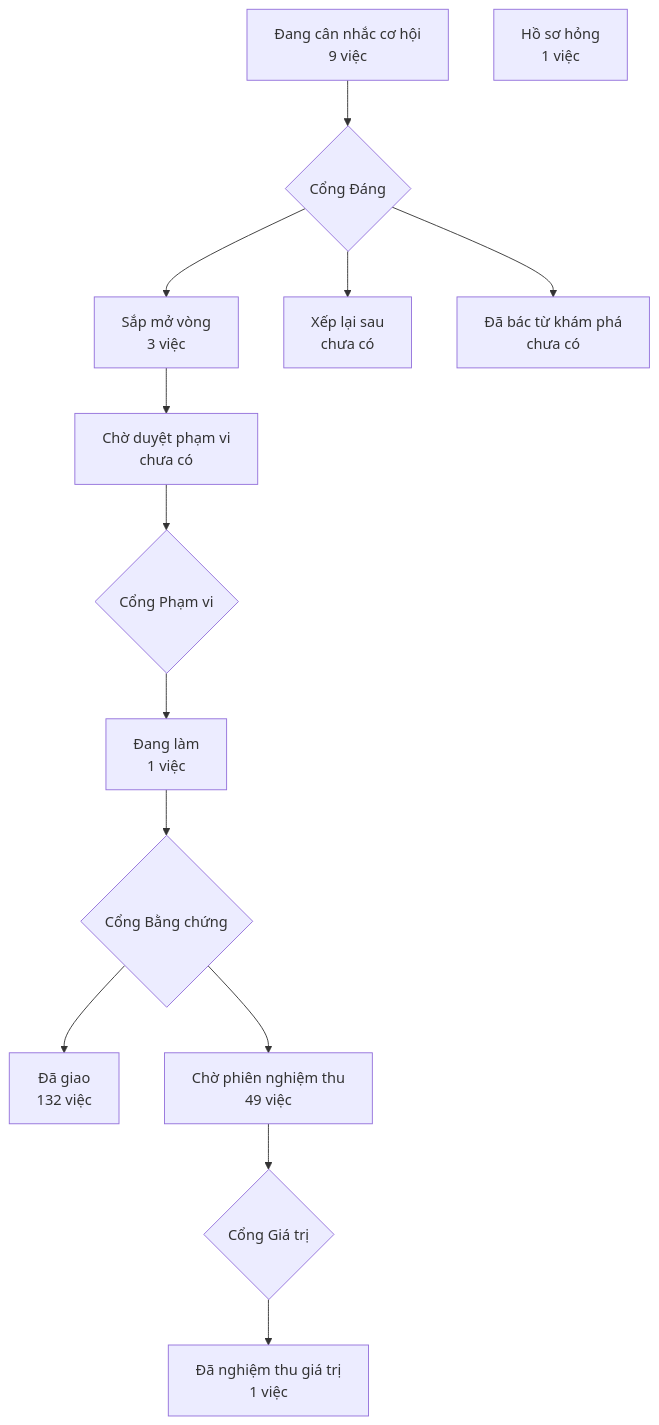
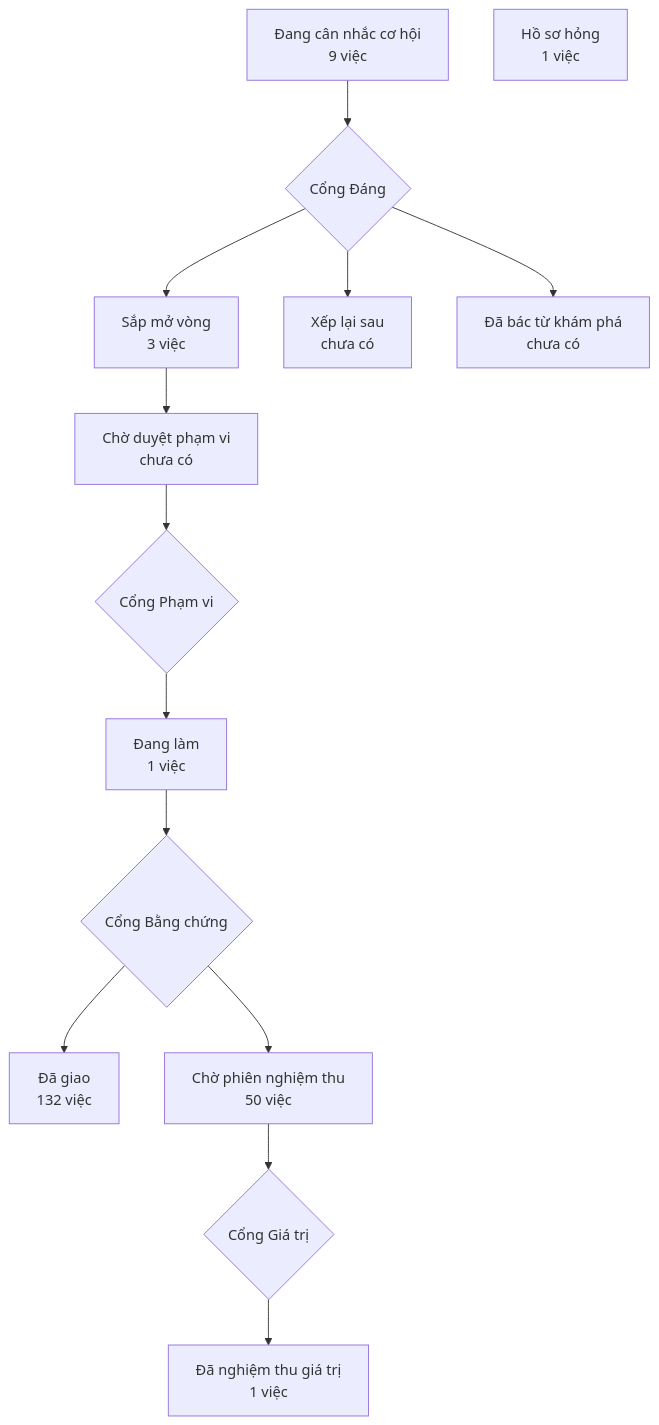
Before and after one commit to phanlemanh/crm-onehub: the diagram in PRODUCT-MAP.md, drawn with Mermaid. The commit also changed 1 other file, not shown here.

Commit message:
chore: vẽ lại bản đồ sản phẩm từ bản sạch sau khi gộp onehub b633a7e3

````diff
--- a/PRODUCT-MAP.md
+++ b/PRODUCT-MAP.md
@@ -7,13 +7,13 @@
 ```mermaid
 flowchart TD
   A["Đang cân nhắc cơ hội<br/>9 việc"] --> GD{"Cổng Đáng"}
   GD --> B["Sắp mở vòng<br/>3 việc"]
   GD --> XL["Xếp lại sau<br/>chưa có"]
   GD --> DB["Đã bác từ khám phá<br/>chưa có"]
   B --> CD["Chờ duyệt phạm vi<br/>chưa có"] --> GP{"Cổng Phạm vi"}
   GP --> DL["Đang làm<br/>1 việc"] --> GB{"Cổng Bằng chứng"}
   GB --> DG["Đã giao<br/>132 việc"]
-  GB --> CN["Chờ phiên nghiệm thu<br/>49 việc"] --> GG{"Cổng Giá trị"}
+  GB --> CN["Chờ phiên nghiệm thu<br/>50 việc"] --> GG{"Cổng Giá trị"}
   GG --> NT["Đã nghiệm thu giá trị<br/>1 việc"]
   HS["Hồ sơ hỏng<br/>1 việc"]
 ```
````
